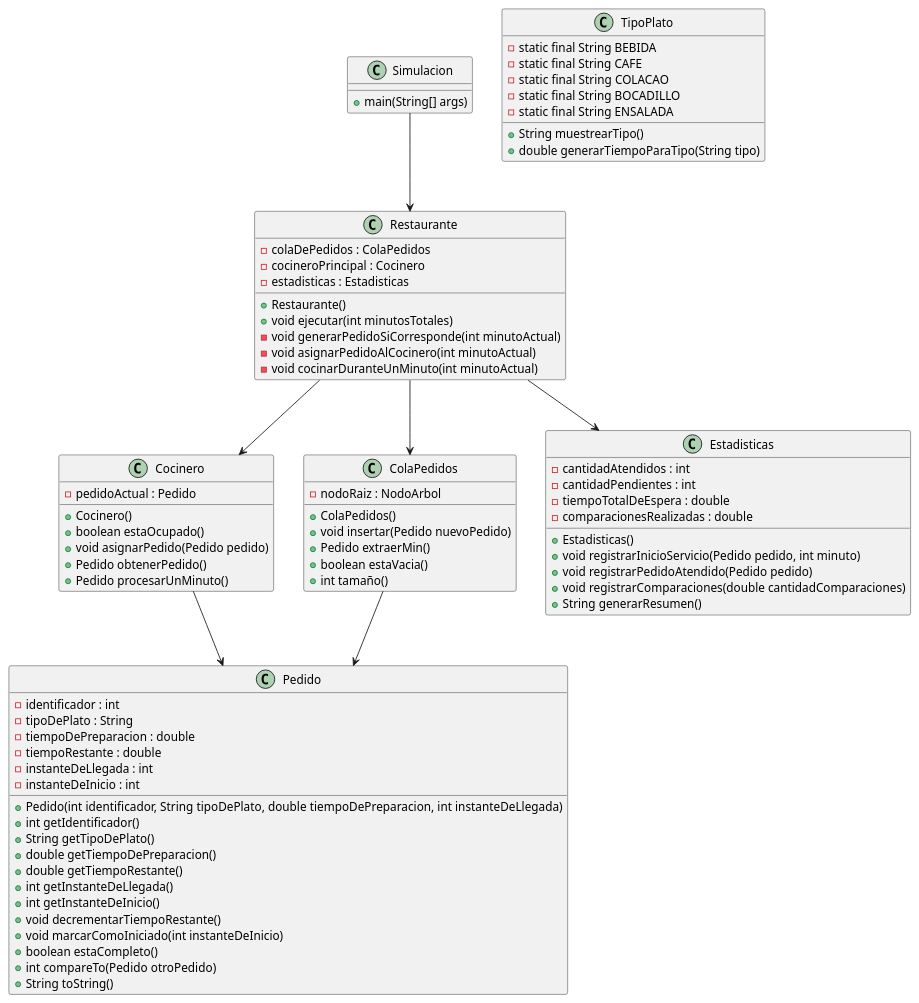
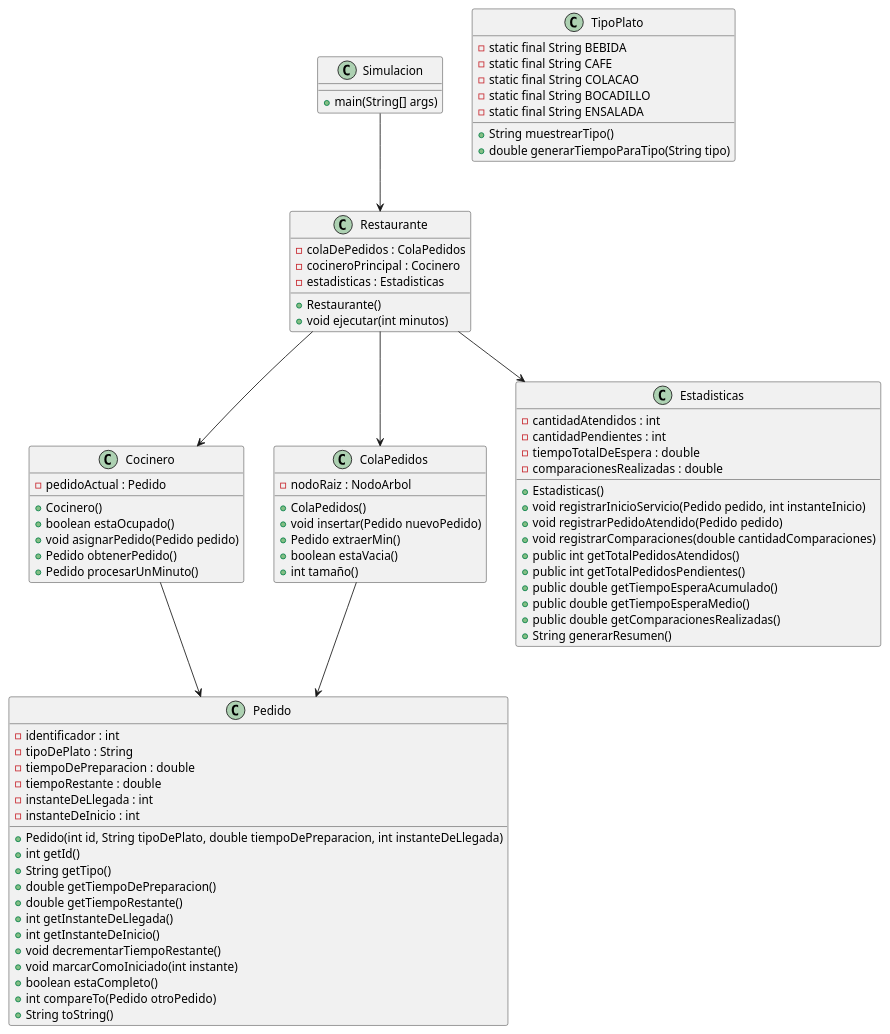
The diagram in entregas/doaltoBienvenido/documentosUML/EsquemaCocina.puml (mmasias/25-26-EDA1), drawn with PlantUML before and after one commit. The commit also changed 1 other file, not shown here.

```diff
--- a/entregas/doaltoBienvenido/documentosUML/EsquemaCocina.puml
+++ b/entregas/doaltoBienvenido/documentosUML/EsquemaCocina.puml
@@ -1,91 +1,93 @@
 @startuml Esquema
 
 ' ========================================
 ' Diagrama de clases Sistema de Cocina
 ' Implementación con Árbol Binario para ColaPedidos (SPT)
 ' ========================================
 
 class Simulacion {
     +main(String[] args)
 }
 
 class Restaurante {
     -colaDePedidos : ColaPedidos
     -cocineroPrincipal : Cocinero
     -estadisticas : Estadisticas
     +Restaurante()
-    +void ejecutar(int minutosTotales)
-    -void generarPedidoSiCorresponde(int minutoActual)
-    -void asignarPedidoAlCocinero(int minutoActual)
-    -void cocinarDuranteUnMinuto(int minutoActual)
+    +void ejecutar(int minutos)
 }
 
 class Cocinero {
     -pedidoActual : Pedido
     +Cocinero()
     +boolean estaOcupado()
     +void asignarPedido(Pedido pedido)
     +Pedido obtenerPedido()
     +Pedido procesarUnMinuto()
 }
 
 class ColaPedidos {
     -nodoRaiz : NodoArbol
     +ColaPedidos()
     +void insertar(Pedido nuevoPedido)
     +Pedido extraerMin()
     +boolean estaVacia()
     +int tamaño()
 }
 
 class Pedido {
     -identificador : int
     -tipoDePlato : String
     -tiempoDePreparacion : double
     -tiempoRestante : double
     -instanteDeLlegada : int
     -instanteDeInicio : int
-    +Pedido(int identificador, String tipoDePlato, double tiempoDePreparacion, int instanteDeLlegada)
-    +int getIdentificador()
-    +String getTipoDePlato()
+    +Pedido(int id, String tipoDePlato, double tiempoDePreparacion, int instanteDeLlegada)
+    +int getId()
+    +String getTipo()
     +double getTiempoDePreparacion()
     +double getTiempoRestante()
     +int getInstanteDeLlegada()
     +int getInstanteDeInicio()
     +void decrementarTiempoRestante()
-    +void marcarComoIniciado(int instanteDeInicio)
+    +void marcarComoIniciado(int instante)
     +boolean estaCompleto()
     +int compareTo(Pedido otroPedido)
     +String toString()
 }
 
 class Estadisticas {
     -cantidadAtendidos : int
     -cantidadPendientes : int
     -tiempoTotalDeEspera : double
     -comparacionesRealizadas : double
     +Estadisticas()
-    +void registrarInicioServicio(Pedido pedido, int minuto)
+    +void registrarInicioServicio(Pedido pedido, int instanteInicio)
     +void registrarPedidoAtendido(Pedido pedido)
     +void registrarComparaciones(double cantidadComparaciones)
+    +public int getTotalPedidosAtendidos() 
+    +public int getTotalPedidosPendientes()  
+    +public double getTiempoEsperaAcumulado() 
+    +public double getTiempoEsperaMedio() 
+    +public double getComparacionesRealizadas()  
     +String generarResumen()
 }
 
 class TipoPlato {
     -static final String BEBIDA
     -static final String CAFE
     -static final String COLACAO
     -static final String BOCADILLO
     -static final String ENSALADA
     +String muestrearTipo()
     +double generarTiempoParaTipo(String tipo)
 }
 
 Simulacion --> Restaurante
 Restaurante --> Cocinero
 Restaurante --> ColaPedidos
 Restaurante --> Estadisticas
 ColaPedidos --> Pedido
 Cocinero --> Pedido
 
 @enduml
```
